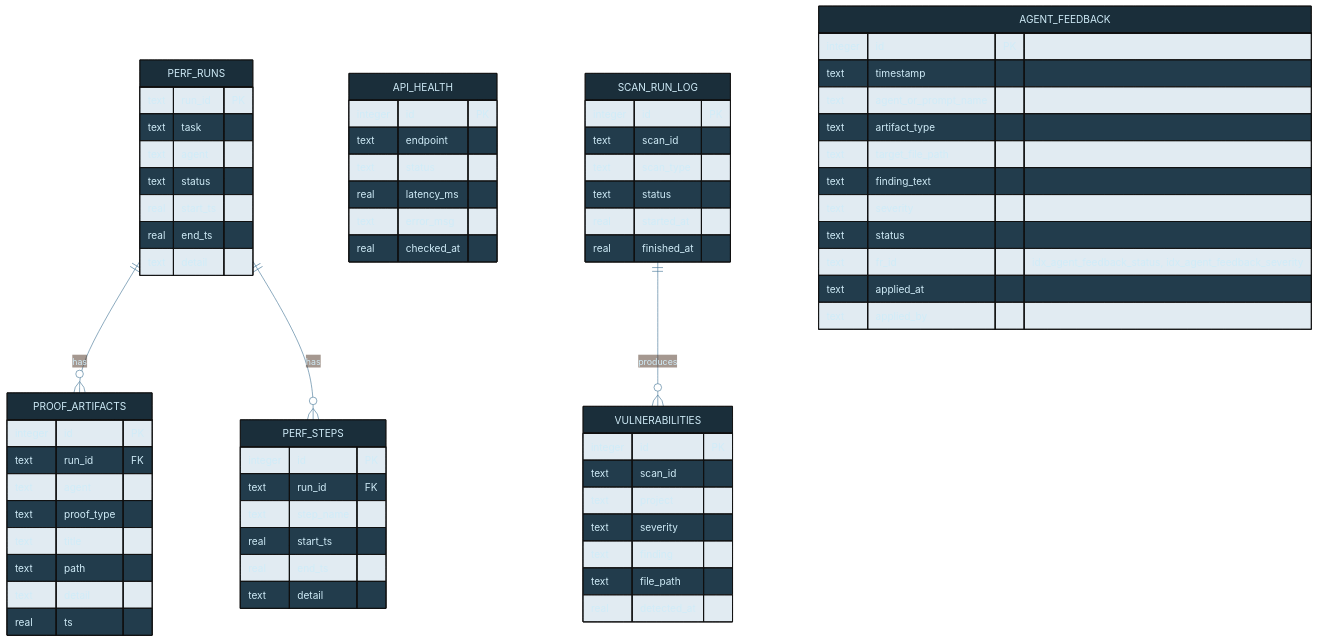
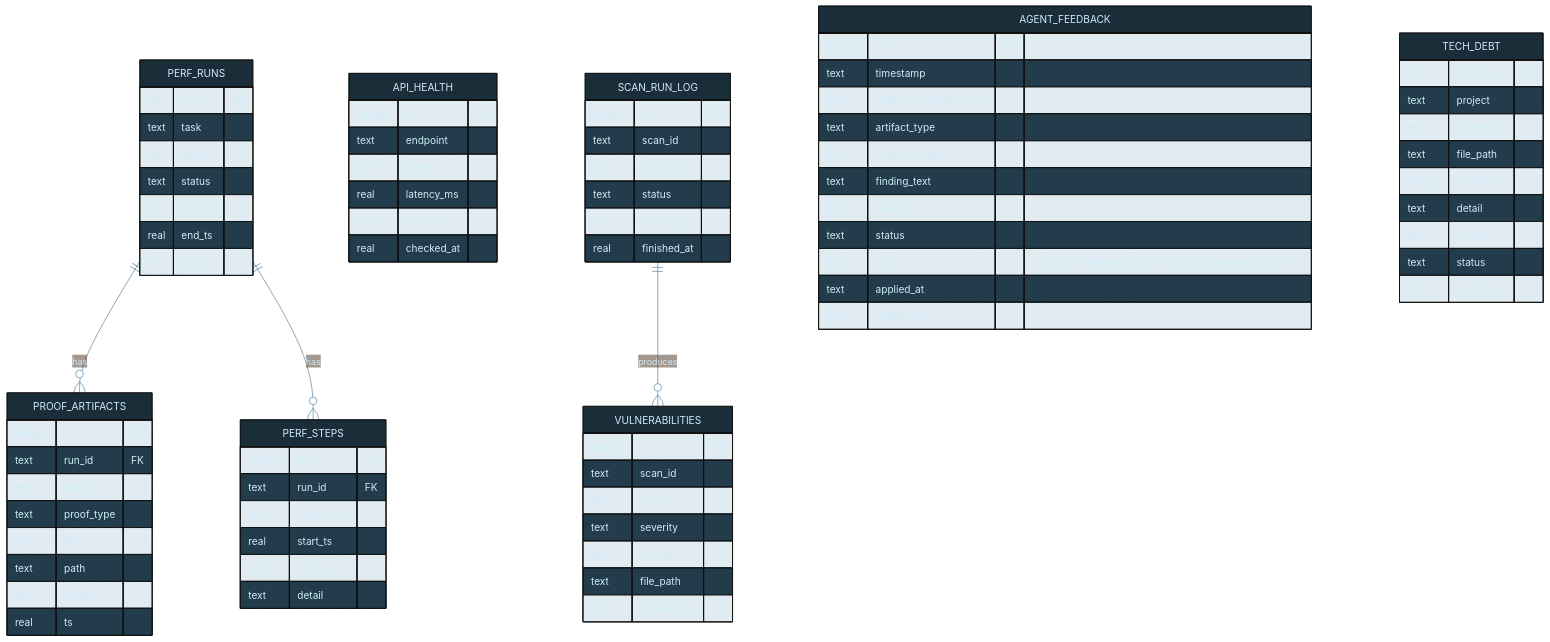
Before and after one commit to tylerdrakemusic/-Workspace: the diagram in diagrams/workspace-db-schema.mmd, drawn with Mermaid. The commit also changed 3 other files, not shown here.

First line of the commit message:
docs(FR-20260807-tech-debt-scanner): update 4 diagrams for tech_debt schema, radon, scanner module, cross-repo import

```diff
--- a/diagrams/workspace-db-schema.mmd
+++ b/diagrams/workspace-db-schema.mmd
@@ -1,70 +1,81 @@
 %%{init: {'theme': 'base', 'themeVariables': {'primaryColor': '#1a2e3a', 'primaryTextColor': '#d0ecf8', 'edgeLabelBackground': '#0f1318', 'lineColor': '#4a7a9a'}}}%%
 erDiagram
     PERF_RUNS ||--o{ PROOF_ARTIFACTS : has
     PERF_RUNS ||--o{ PERF_STEPS : has
     PERF_RUNS {
         text run_id PK
         text task
         text agent
         text status
         real start_ts
         real end_ts
         text detail
     }
     PERF_STEPS {
         integer id PK
         text run_id FK
         text step_name
         real start_ts
         real end_ts
         text detail
     }
     PROOF_ARTIFACTS {
         integer id PK
         text run_id FK
         text agent
         text proof_type
         text title
         text path
         text detail
         real ts
     }
     API_HEALTH {
         integer id PK
         text endpoint
         text status
         real latency_ms
         text error_msg
         real checked_at
     }
     VULNERABILITIES {
         integer id PK
         text scan_id
         text project
         text severity
         text finding
         text file_path
         real detected_at
     }
     SCAN_RUN_LOG {
         integer id PK
         text scan_id
         text scan_type
         text status
         real started_at
         real finished_at
     }
     SCAN_RUN_LOG ||--o{ VULNERABILITIES : produces
     AGENT_FEEDBACK {
         integer id PK
         text timestamp
         text agent_or_prompt_name
         text artifact_type
         text target_file_path
         text finding_text
         text severity
         text status
         text fr_id "idx_agent_feedback_status, idx_agent_feedback_severity"
         text applied_at
         text applied_by
     }
+    TECH_DEBT {
+        text finding_id PK
+        text project
+        text category
+        text file_path
+        integer severity
+        text detail
+        text action
+        text status
+        text created_at
+    }
```
